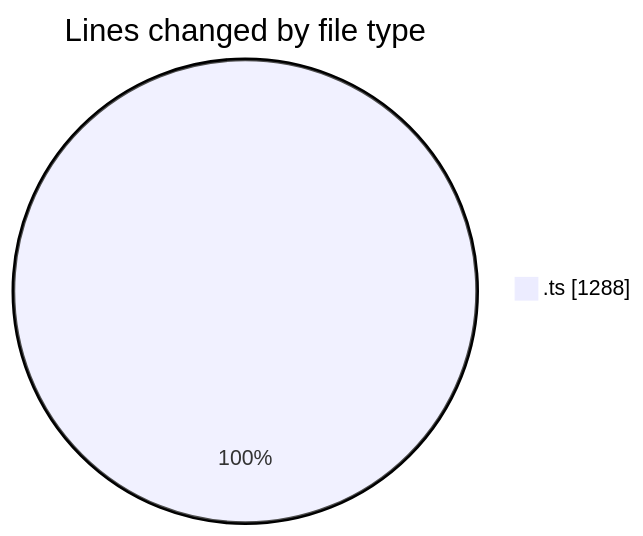
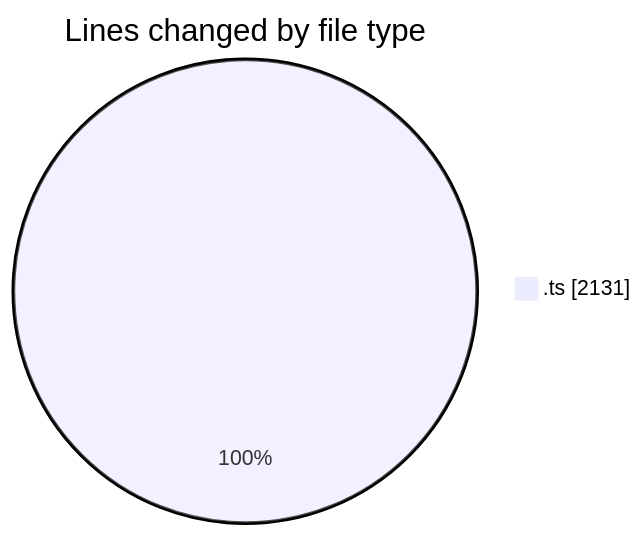
Before and after one commit to momahboobian/code-tracking: the first of 2 diagrams in 2025-10-24/cda/README.md, drawn with Mermaid. The commit also changed other lines of this file and 1 other file, not shown here.

````diff
--- a/2025-10-24/cda/README.md
+++ b/2025-10-24/cda/README.md
@@ -22,5 +24,5 @@
 ```mermaid
 pie showData
 title Lines changed by file type
-".ts" : 1288
+".ts" : 2131
 ```
````
